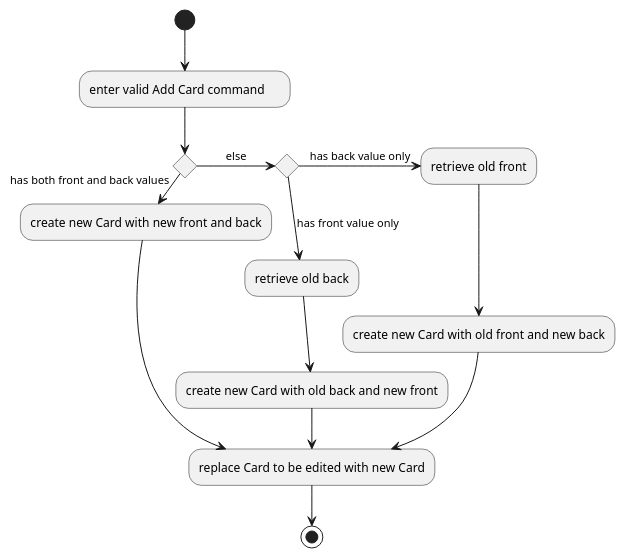
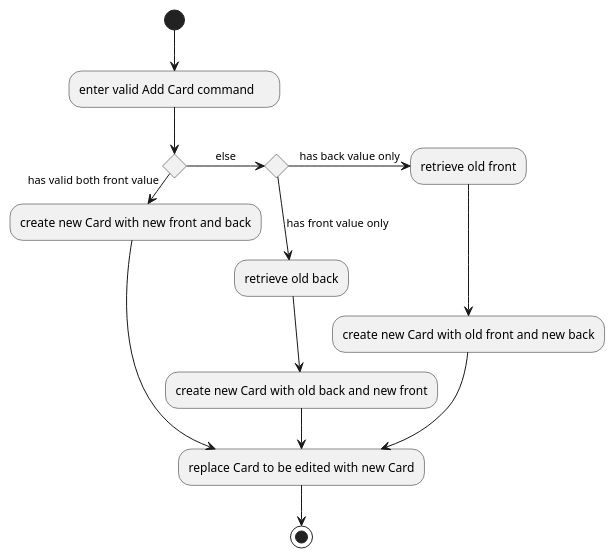
One commit to oLiXino/main changed the diagram in docs/diagrams/AddCardActivityDiagram.puml. Above: the diagram before and after it, drawn with PlantUML.

Commit message:
Update activity  diagram

```diff
--- a/docs/diagrams/AddCardActivityDiagram.puml
+++ b/docs/diagrams/AddCardActivityDiagram.puml
@@ -1,18 +1,18 @@
 @startuml
 (*) --> "enter valid Add Card command     "
 If "" then
--> [has both front and back values] "create new Card with new front and back"
+-> [has valid both front value] "create new Card with new front and back"
 --> "replace Card to be edited with new Card"
 else
 -> [else] If "" then
 --> [has front value only] "retrieve old back"
 --> "create new Card with old back and new front"
 --> "replace Card to be edited with new Card"
 else
 -> [has back value only] "retrieve old front"
 --> "create new Card with old front and new back"
 Endif
 Endif
 --> "replace Card to be edited with new Card"
 --> (*)
 @enduml
```
